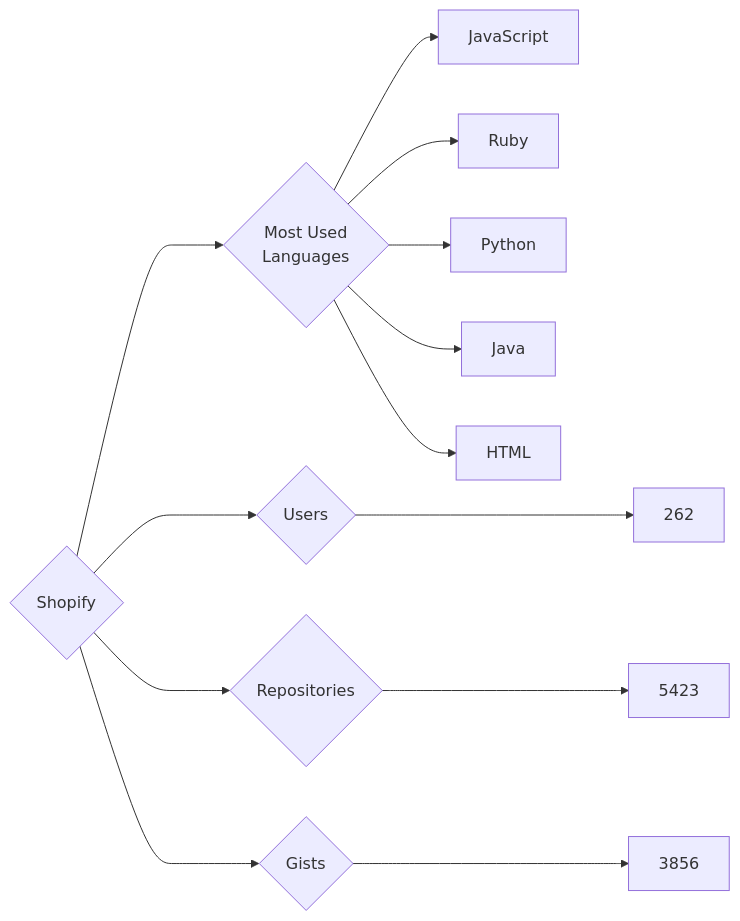
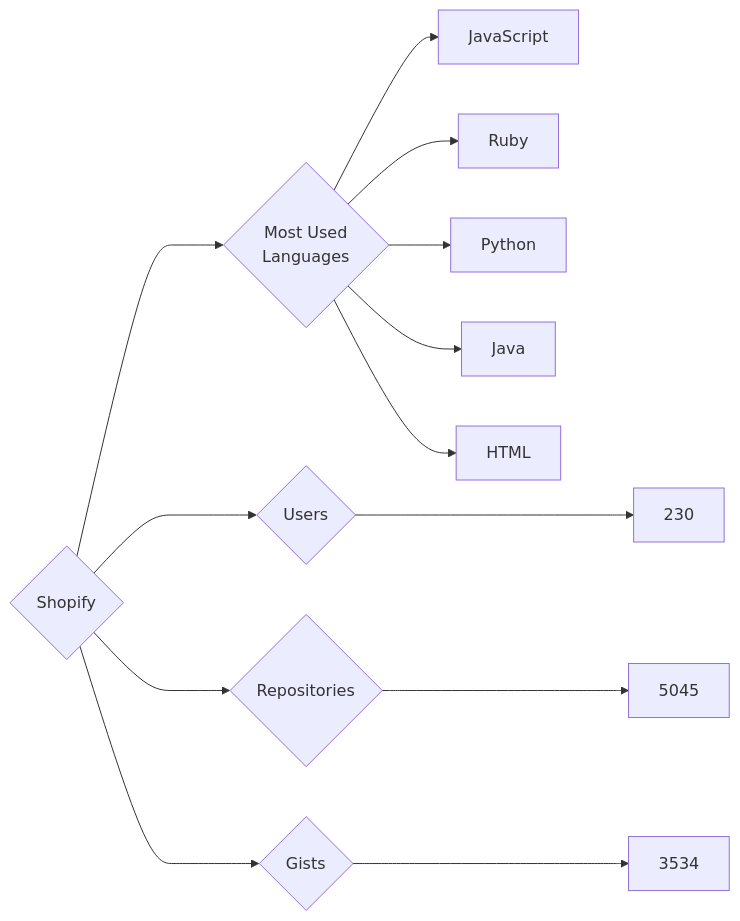
Before and after one commit to trickest/insiders: the diagram in targets/Shopify/README.md, drawn with Mermaid. The commit also changed 972 other files, not shown here.

````diff
--- a/targets/Shopify/README.md
+++ b/targets/Shopify/README.md
@@ -3,13 +3,13 @@
 ```mermaid
 graph LR
 COMPANY_NAME{Shopify}
-COMPANY_NAME ---> U{Users} ---> UN[262]
-COMPANY_NAME ---> R{Repositories} ---> RN[5423]
-COMPANY_NAME ---> G{Gists} ---> GN[3856]
+COMPANY_NAME ---> U{Users} ---> UN[230]
+COMPANY_NAME ---> R{Repositories} ---> RN[5045]
+COMPANY_NAME ---> G{Gists} ---> GN[3534]
 COMPANY_NAME ---> ML{Most Used<br>Languages}
 ML --> JavaScript[JavaScript]
 ML --> Ruby[Ruby]
 ML --> Python[Python]
 ML --> Java[Java]
 ML --> HTML[HTML]
 ```
````
